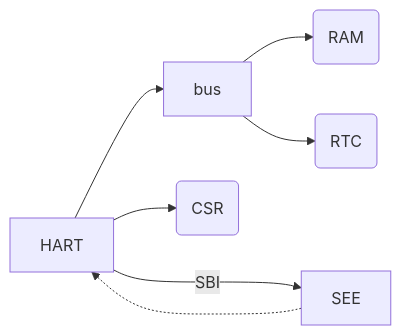
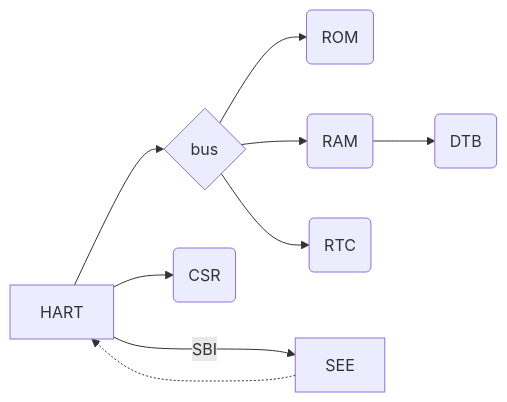
Before and after one commit to BuJo/rrustv: the diagram in README.md, drawn with Mermaid. The commit also changed other lines of this file and 2 other files, not shown here.

````diff
--- a/README.md
+++ b/README.md
@@ -5,9 +5,11 @@
 ```mermaid
 flowchart LR
-    hart[HART] --> bus[bus]
+    hart[HART] --> bus{bus}
+    bus --> rom(ROM)
     bus --> ram(RAM)
+    ram --> dt(DTB)
     bus --> rtc(RTC)
     hart --> csr(CSR)
     hart -->|SBI| see[SEE]
     see -..-> hart
 ```
````
